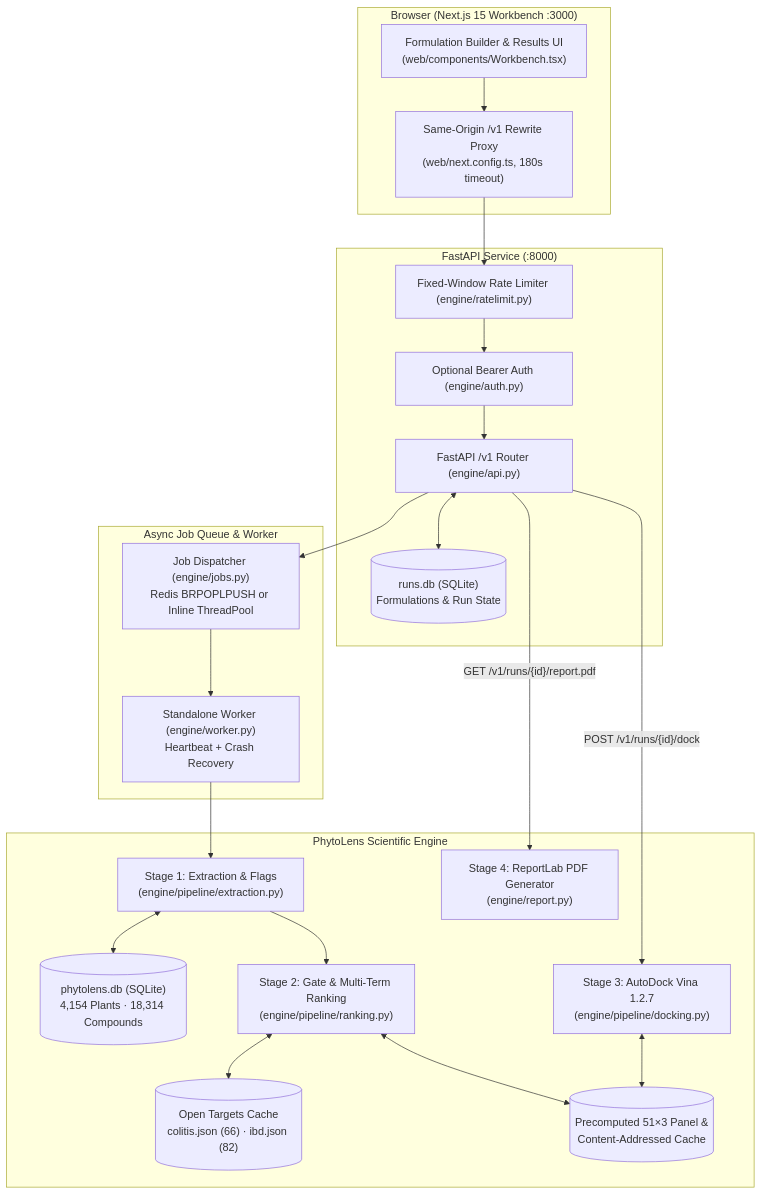
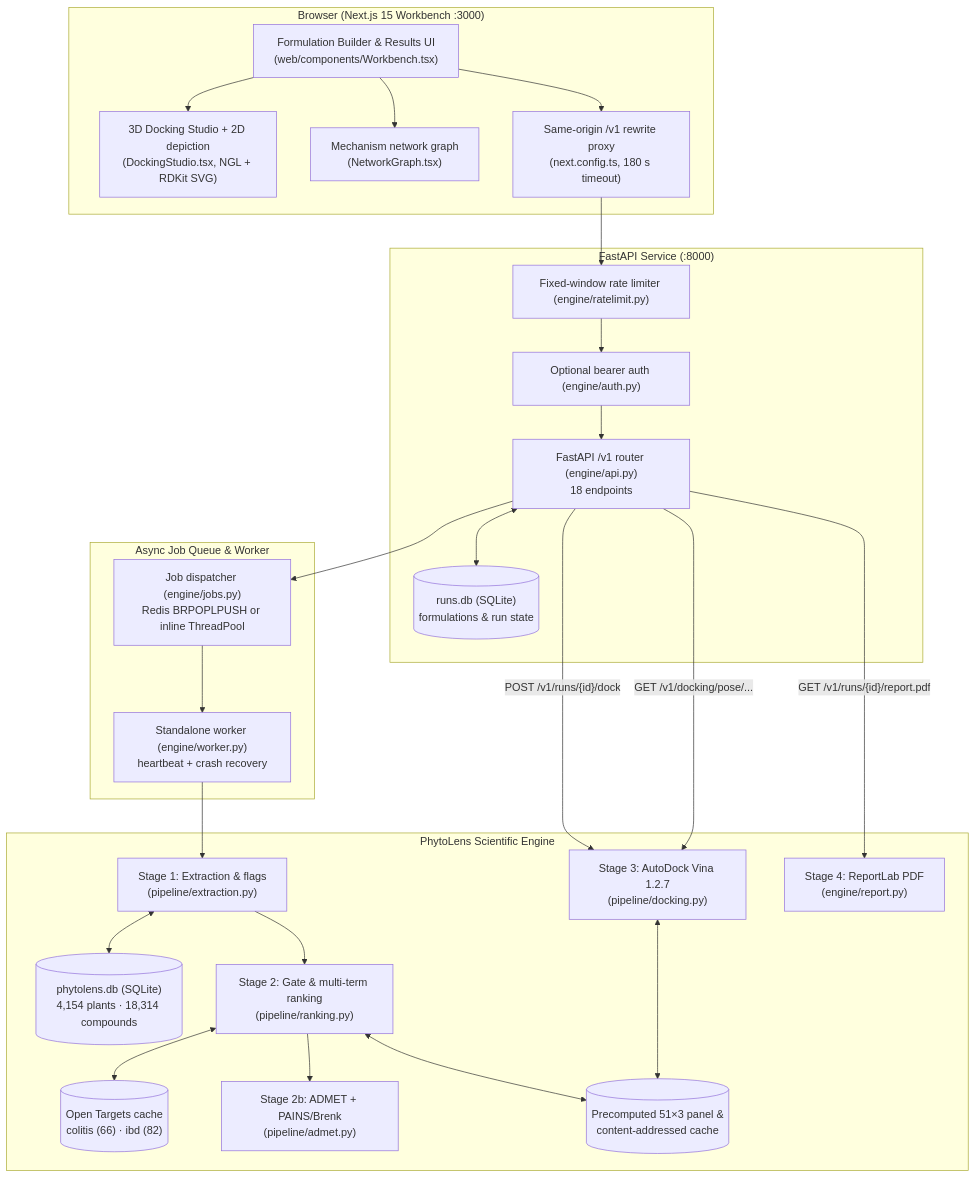
The diagram in docs/PROJECT_GUIDE.md (ara-aras/phytolens), drawn with Mermaid before and after one commit. The commit also changed other lines of this file and 4 other files, not shown here.

````diff
--- a/docs/PROJECT_GUIDE.md
+++ b/docs/PROJECT_GUIDE.md
@@ -201,43 +290,50 @@
 ```mermaid
 flowchart TD
     subgraph Browser["Browser (Next.js 15 Workbench :3000)"]
         UI["Formulation Builder & Results UI<br/>(web/components/Workbench.tsx)"]
-        Proxy["Same-Origin /v1 Rewrite Proxy<br/>(web/next.config.ts, 180s timeout)"]
+        Studio["3D Docking Studio + 2D depiction<br/>(DockingStudio.tsx, NGL + RDKit SVG)"]
+        Graph["Mechanism network graph<br/>(NetworkGraph.tsx)"]
+        Proxy["Same-origin /v1 rewrite proxy<br/>(next.config.ts, 180 s timeout)"]
+        UI --> Studio
+        UI --> Graph
         UI --> Proxy
     end
 
     subgraph Backend["FastAPI Service (:8000)"]
-        API["FastAPI /v1 Router (engine/api.py)"]
-        RL["Fixed-Window Rate Limiter (engine/ratelimit.py)"]
-        Auth["Optional Bearer Auth (engine/auth.py)"]
-        RunsDB[("runs.db (SQLite)<br/>Formulations & Run State")]
+        API["FastAPI /v1 router (engine/api.py)<br/>18 endpoints"]
+        RL["Fixed-window rate limiter (engine/ratelimit.py)"]
+        Auth["Optional bearer auth (engine/auth.py)"]
+        RunsDB[("runs.db (SQLite)<br/>formulations & run state")]
         Proxy --> RL --> Auth --> API
         API <--> RunsDB
     end
 
     subgraph Execution["Async Job Queue & Worker"]
-        Queue["Job Dispatcher (engine/jobs.py)<br/>Redis BRPOPLPUSH or Inline ThreadPool"]
-        Worker["Standalone Worker (engine/worker.py)<br/>Heartbeat + Crash Recovery"]
+        Queue["Job dispatcher (engine/jobs.py)<br/>Redis BRPOPLPUSH or inline ThreadPool"]
+        Worker["Standalone worker (engine/worker.py)<br/>heartbeat + crash recovery"]
         API --> Queue
         Queue --> Worker
     end
 
     subgraph Pipeline["PhytoLens Scientific Engine"]
-        Corpus[("phytolens.db (SQLite)<br/>4,154 Plants · 18,314 Compounds")]
-        Targets[("Open Targets Cache<br/>colitis.json (66) · ibd.json (82)")]
-        Ext["Stage 1: Extraction & Flags<br/>(engine/pipeline/extraction.py)"]
-        Rank["Stage 2: Gate & Multi-Term Ranking<br/>(engine/pipeline/ranking.py)"]
-        Dock["Stage 3: AutoDock Vina 1.2.7<br/>(engine/pipeline/docking.py)"]
-        Panel[("Precomputed 51×3 Panel &<br/>Content-Addressed Cache")]
-        PDF["Stage 4: ReportLab PDF Generator<br/>(engine/report.py)"]
+        Corpus[("phytolens.db (SQLite)<br/>4,154 plants · 18,314 compounds")]
+        Targets[("Open Targets cache<br/>colitis (66) · ibd (82)")]
+        Ext["Stage 1: Extraction & flags<br/>(pipeline/extraction.py)"]
+        Rank["Stage 2: Gate & multi-term ranking<br/>(pipeline/ranking.py)"]
+        Admet["Stage 2b: ADMET + PAINS/Brenk<br/>(pipeline/admet.py)"]
+        Dock["Stage 3: AutoDock Vina 1.2.7<br/>(pipeline/docking.py)"]
+        Panel[("Precomputed 51×3 panel &<br/>content-addressed cache")]
+        PDF["Stage 4: ReportLab PDF<br/>(engine/report.py)"]
 
         Worker --> Ext
         Ext <--> Corpus
         Ext --> Rank
         Rank <--> Targets
+        Rank --> Admet
         Rank <--> Panel
         API -- "POST /v1/runs/{id}/dock" --> Dock
+        API -- "GET /v1/docking/pose/..." --> Dock
         Dock <--> Panel
         API -- "GET /v1/runs/{id}/report.pdf" --> PDF
     end
 ```
````
